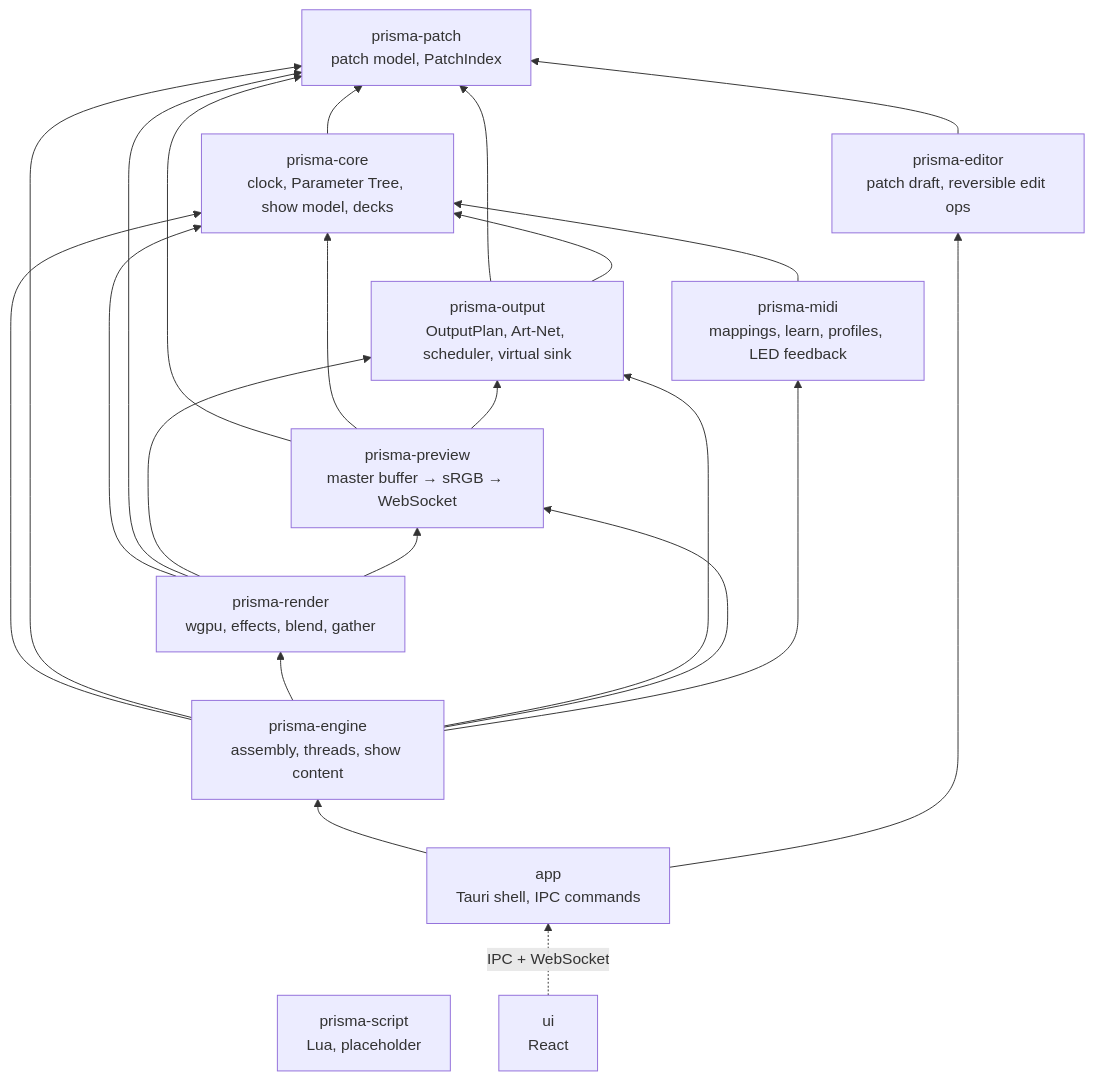
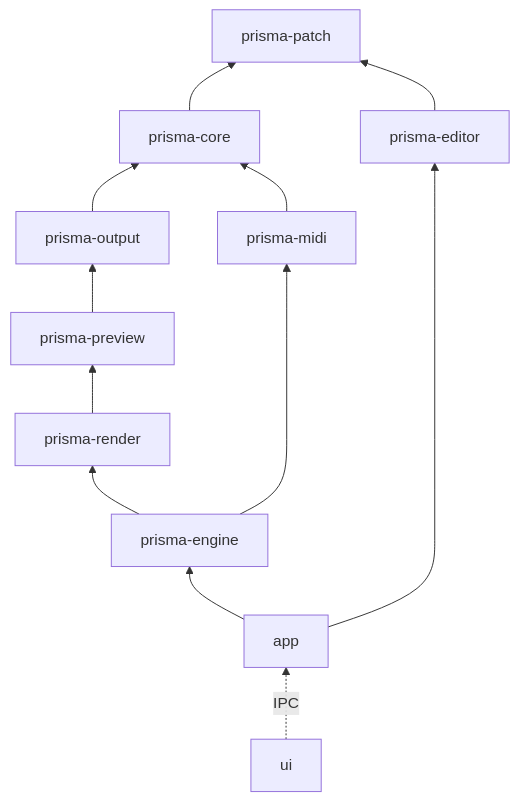
One commit to roccba/prisma-lighting changed the first of 5 diagrams in ARCHITECTURE.md. Above: the diagram before and after it, drawn with Mermaid. The commit also changed other lines of this file, not shown here.

Commit message:
ARCHITECTURE: simpler crate diagram, crate table

````diff
--- a/ARCHITECTURE.md
+++ b/ARCHITECTURE.md
@@ -10,36 +10,25 @@
 ```mermaid
 flowchart BT
-    patch[prisma-patch<br/>patch model, PatchIndex]
-    core[prisma-core<br/>clock, Parameter Tree, show model, decks]
-    output[prisma-output<br/>OutputPlan, Art-Net, scheduler, virtual sink]
-    preview[prisma-preview<br/>master buffer → sRGB → WebSocket]
-    render[prisma-render<br/>wgpu, effects, blend, gather]
-    midi[prisma-midi<br/>mappings, learn, profiles, LED feedback]
-    editor[prisma-editor<br/>patch draft, reversible edit ops]
-    script[prisma-script<br/>Lua, placeholder]
-    engine[prisma-engine<br/>assembly, threads, show content]
-    app[app<br/>Tauri shell, IPC commands]
-    ui[ui<br/>React]
+    patch[prisma-patch]
+    core[prisma-core]
+    output[prisma-output]
+    preview[prisma-preview]
+    render[prisma-render]
+    midi[prisma-midi]
+    editor[prisma-editor]
+    engine[prisma-engine]
+    app[app]
+    ui[ui]
 
     core --> patch
-    output --> patch
     output --> core
-    preview --> patch
-    preview --> core
     preview --> output
-    render --> core
-    render --> patch
-    render --> output
     render --> preview
     midi --> core
     editor --> patch
-    engine --> core
-    engine --> patch
     engine --> render
-    engine --> output
-    engine --> preview
     engine --> midi
     app --> engine
     app --> editor
-    ui -. IPC + WebSocket .-> app
+    ui -. IPC .-> app
 ```
````
